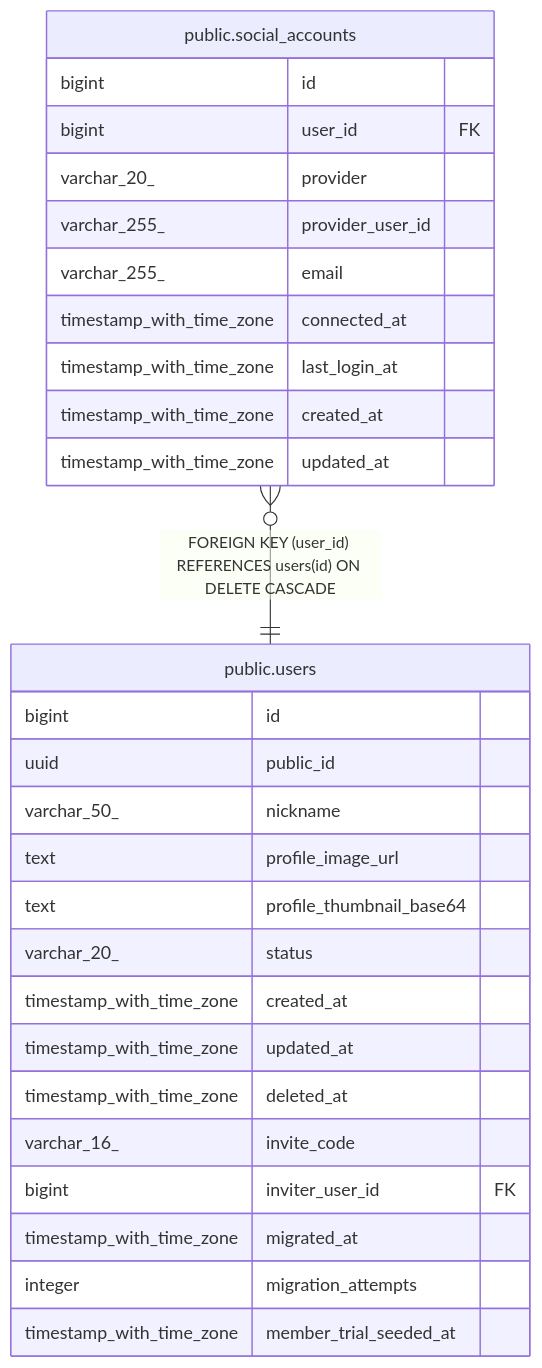
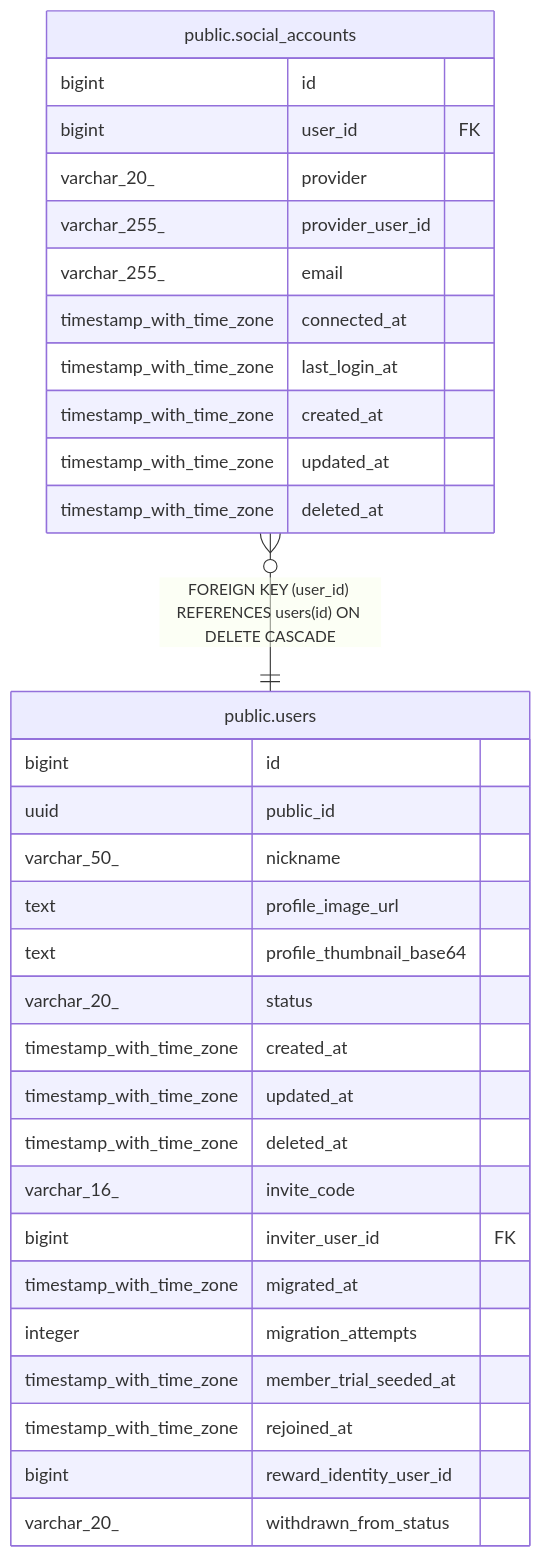
Before and after one commit to KIM-N-KANG/manyak-server: the diagram in dbdoc/public.social_accounts.md, drawn with Mermaid. The commit also changed other lines of this file and 35 other files, not shown here.

````diff
--- a/dbdoc/public.social_accounts.md
+++ b/dbdoc/public.social_accounts.md
@@ -38,33 +39,37 @@
 ```mermaid
 erDiagram
 
 "public.social_accounts" }o--|| "public.users" : "FOREIGN KEY (user_id) REFERENCES users(id) ON DELETE CASCADE"
 
 "public.social_accounts" {
   bigint id
   bigint user_id FK
   varchar_20_ provider
   varchar_255_ provider_user_id
   varchar_255_ email
   timestamp_with_time_zone connected_at
   timestamp_with_time_zone last_login_at
   timestamp_with_time_zone created_at
   timestamp_with_time_zone updated_at
+  timestamp_with_time_zone deleted_at
 }
 "public.users" {
   bigint id
   uuid public_id
   varchar_50_ nickname
   text profile_image_url
   text profile_thumbnail_base64
   varchar_20_ status
   timestamp_with_time_zone created_at
   timestamp_with_time_zone updated_at
   timestamp_with_time_zone deleted_at
   varchar_16_ invite_code
   bigint inviter_user_id FK
   timestamp_with_time_zone migrated_at
   integer migration_attempts
   timestamp_with_time_zone member_trial_seeded_at
+  timestamp_with_time_zone rejoined_at
+  bigint reward_identity_user_id
+  varchar_20_ withdrawn_from_status
 }
 ```
````
